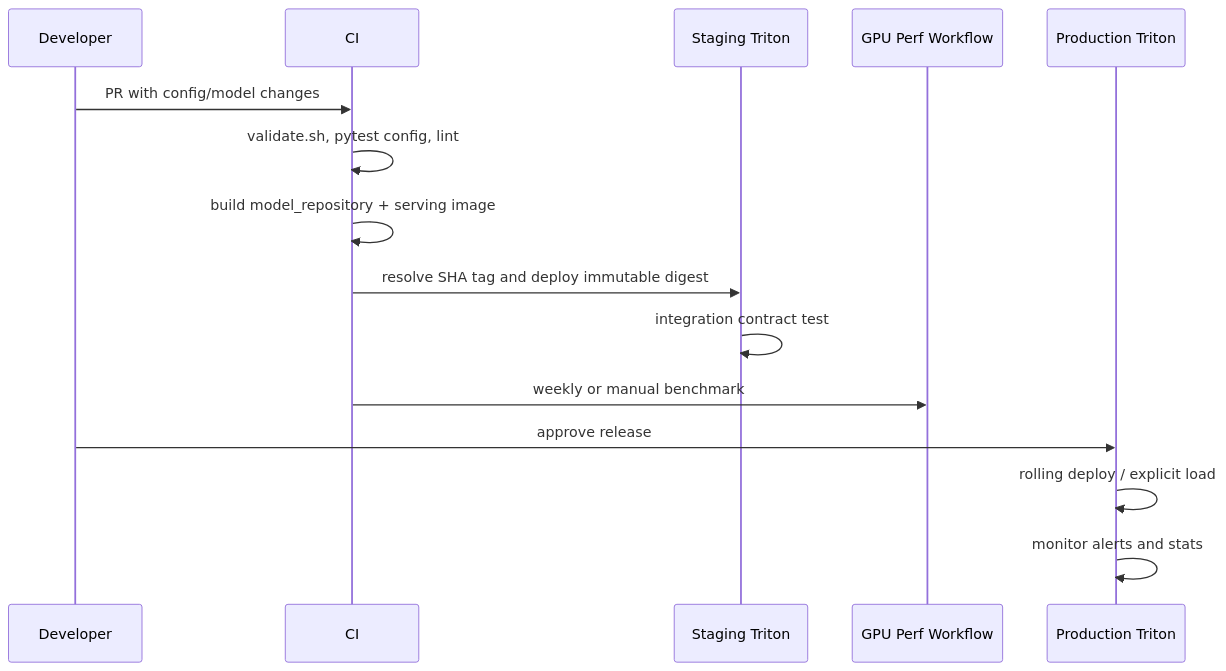
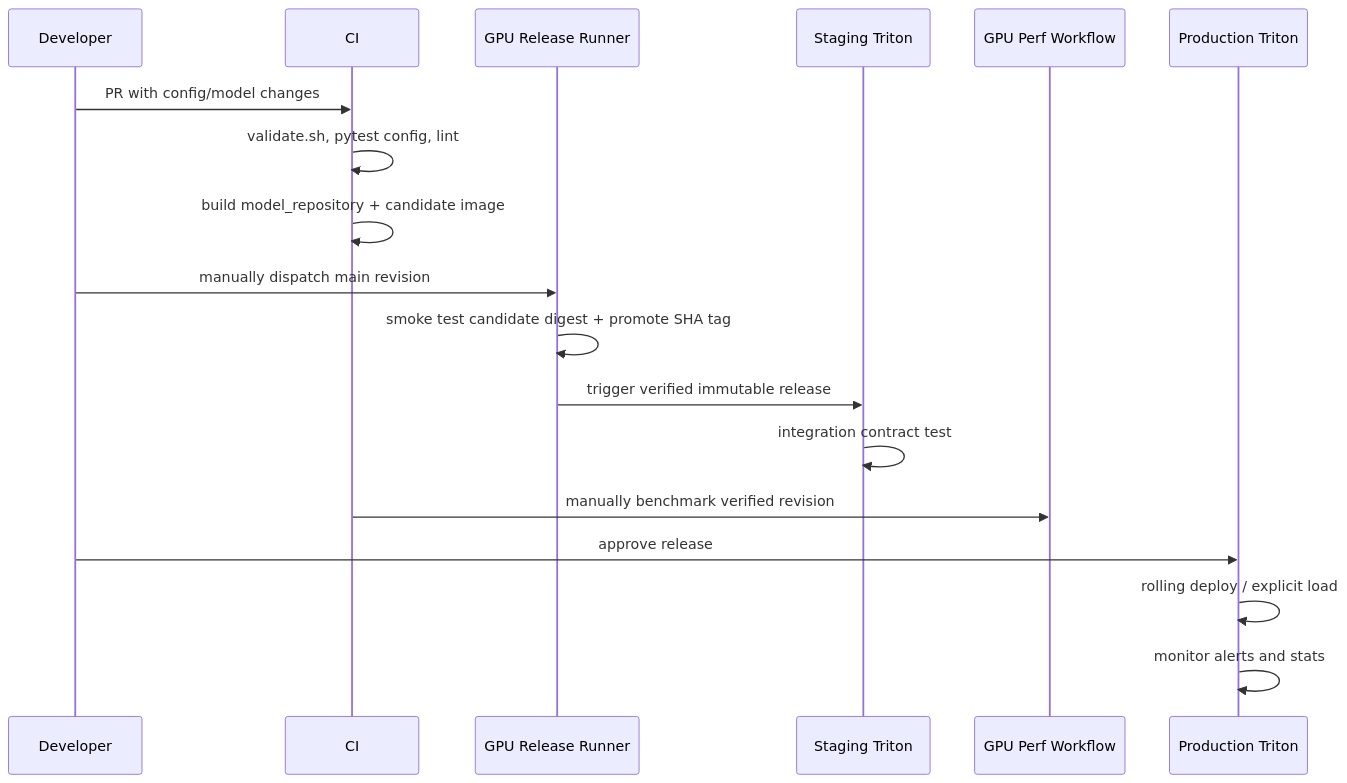
Before and after one commit to jaejungscene/triton-infer-server-handbook: the diagram in docs/production-adoption.md, drawn with Mermaid. The commit also changed other lines of this file and 11 other files, not shown here.

Commit message:
ci: gate releases on manual GPU validation

````diff
--- a/docs/production-adoption.md
+++ b/docs/production-adoption.md
@@ -60,17 +60,20 @@
 ```mermaid
 sequenceDiagram
     participant Dev as Developer
     participant CI as CI
+    participant GPU as GPU Release Runner
     participant Stg as Staging Triton
     participant Perf as GPU Perf Workflow
     participant Prod as Production Triton
     Dev->>CI: PR with config/model changes
     CI->>CI: validate.sh, pytest config, lint
-    CI->>CI: build model_repository + serving image
-    CI->>Stg: resolve SHA tag and deploy immutable digest
+    CI->>CI: build model_repository + candidate image
+    Dev->>GPU: manually dispatch main revision
+    GPU->>GPU: smoke test candidate digest + promote SHA tag
+    GPU->>Stg: trigger verified immutable release
     Stg->>Stg: integration contract test
-    CI->>Perf: weekly or manual benchmark
+    CI->>Perf: manually benchmark verified revision
     Dev->>Prod: approve release
     Prod->>Prod: rolling deploy / explicit load
     Prod->>Prod: monitor alerts and stats
 ```
````
